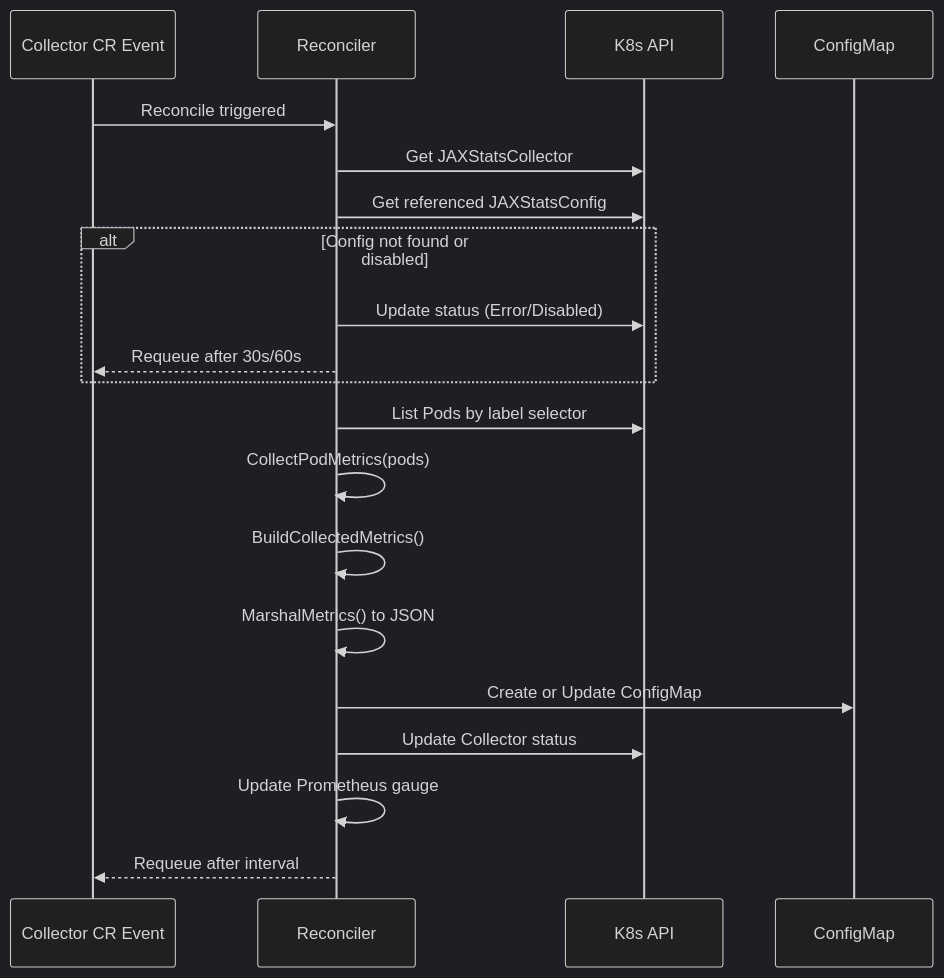
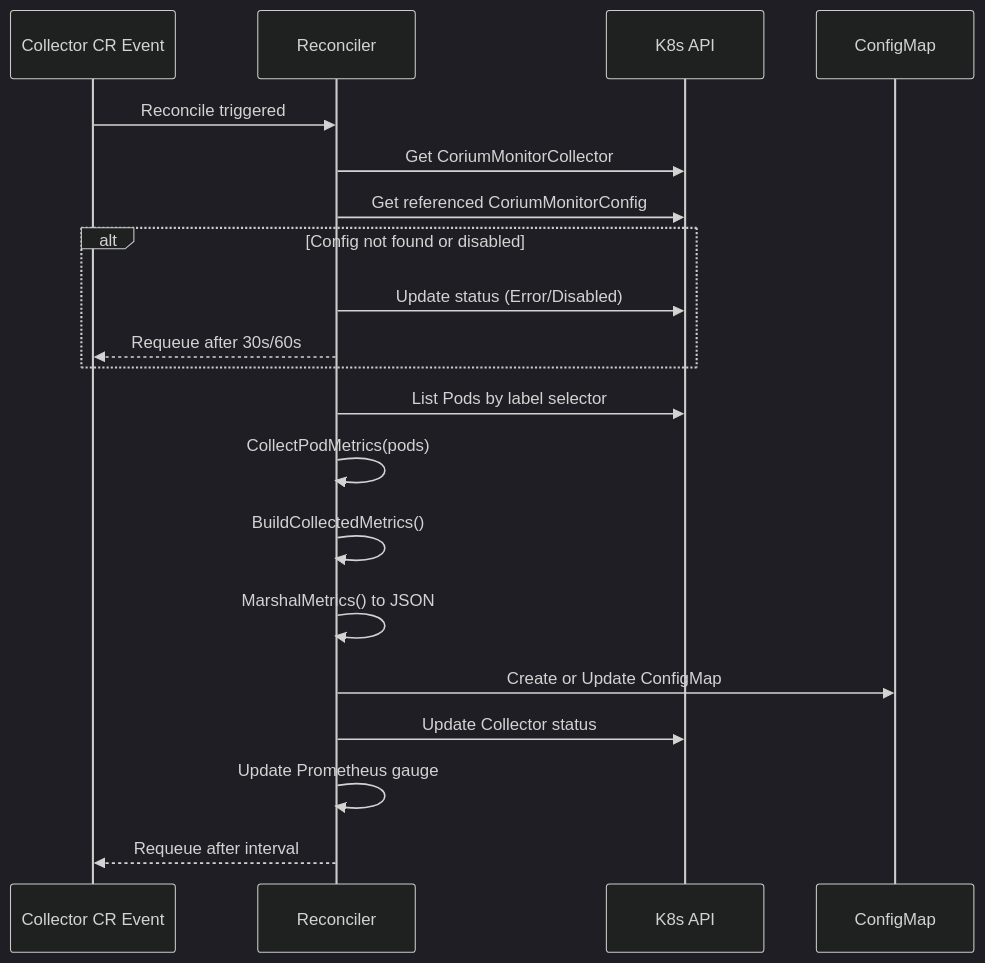
Before and after one commit to rsanandres/corium: the third of 5 diagrams in operator/README.md, drawn with Mermaid (dark theme). The commit also changed other lines of this file and 111 other files, not shown here.

First line of the commit message:
Rename JaxStats to CoriumMonitor, expand Grafana dashboard, fix demo

````diff
--- a/operator/README.md
+++ b/operator/README.md
@@ -68,23 +72,23 @@
 ```mermaid
 sequenceDiagram
     participant CR as Collector CR Event
     participant R as Reconciler
     participant API as K8s API
     participant CM as ConfigMap
 
     CR->>R: Reconcile triggered
-    R->>API: Get JAXStatsCollector
-    R->>API: Get referenced JAXStatsConfig
+    R->>API: Get CoriumMonitorCollector
+    R->>API: Get referenced CoriumMonitorConfig
     alt Config not found or disabled
         R->>API: Update status (Error/Disabled)
         R-->>CR: Requeue after 30s/60s
     end
     R->>API: List Pods by label selector
     R->>R: CollectPodMetrics(pods)
     R->>R: BuildCollectedMetrics()
     R->>R: MarshalMetrics() to JSON
     R->>CM: Create or Update ConfigMap
     R->>API: Update Collector status
     R->>R: Update Prometheus gauge
     R-->>CR: Requeue after interval
 ```
````
